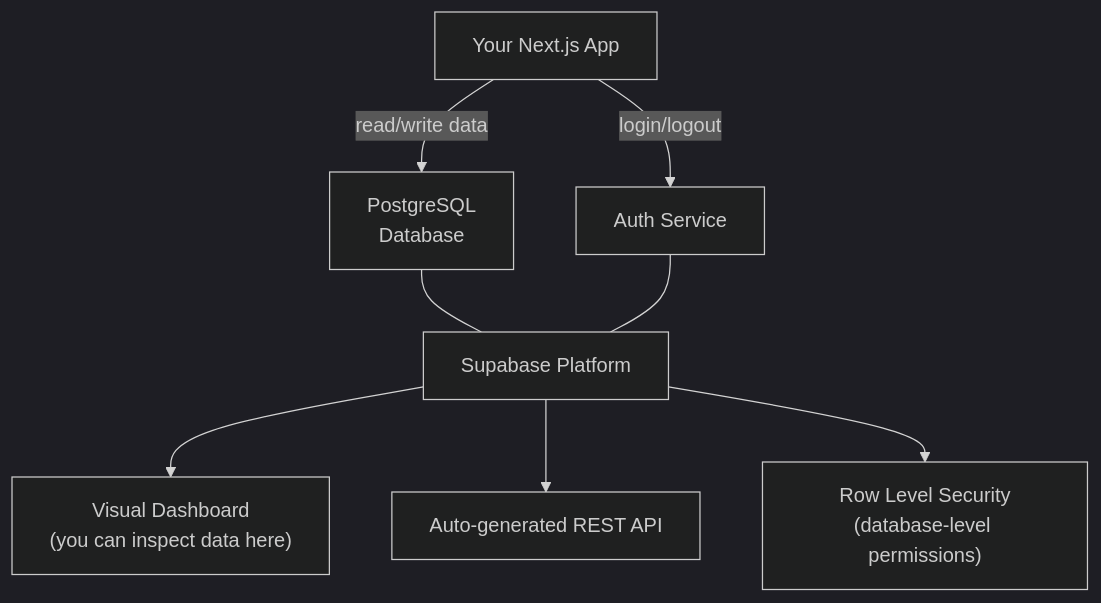
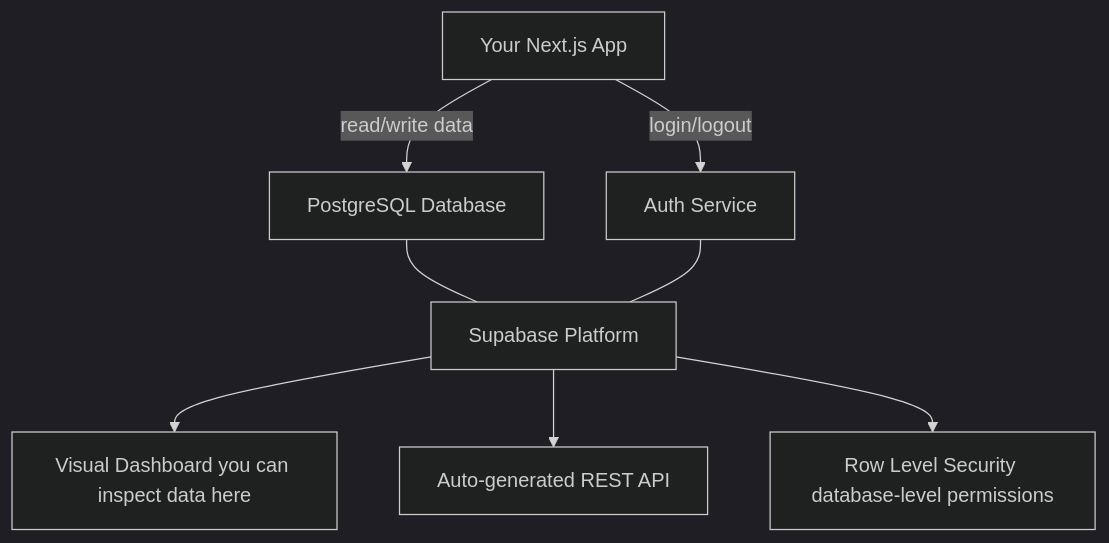
The first of 6 diagrams in learning/07-supabase.md (wongjinar-ai/expample), drawn with Mermaid (dark theme) before and after one commit. The commit also changed other lines of this file and 16 other files, not shown here.

````diff
--- a/learning/07-supabase.md
+++ b/learning/07-supabase.md
@@ -11,15 +11,15 @@
 ```mermaid
-graph TD
-    App["Your Next.js App"]
-    Supabase["Supabase Platform"]
+flowchart TD
+    App[Your Next.js App]
+    Supabase[Supabase Platform]
 
-    App -->|"read/write data"| DB["PostgreSQL\nDatabase"]
-    App -->|"login/logout"| Auth["Auth Service"]
+    App -->|"read/write data"| DB[PostgreSQL Database]
+    App -->|"login/logout"| Auth[Auth Service]
 
     DB --- Supabase
     Auth --- Supabase
 
-    Supabase --> Dashboard["Visual Dashboard\n(you can inspect data here)"]
-    Supabase --> API["Auto-generated REST API"]
-    Supabase --> RLS["Row Level Security\n(database-level permissions)"]
+    Supabase --> Dashboard[Visual Dashboard you can inspect data here]
+    Supabase --> API[Auto-generated REST API]
+    Supabase --> RLS[Row Level Security database-level permissions]
 ```
````
